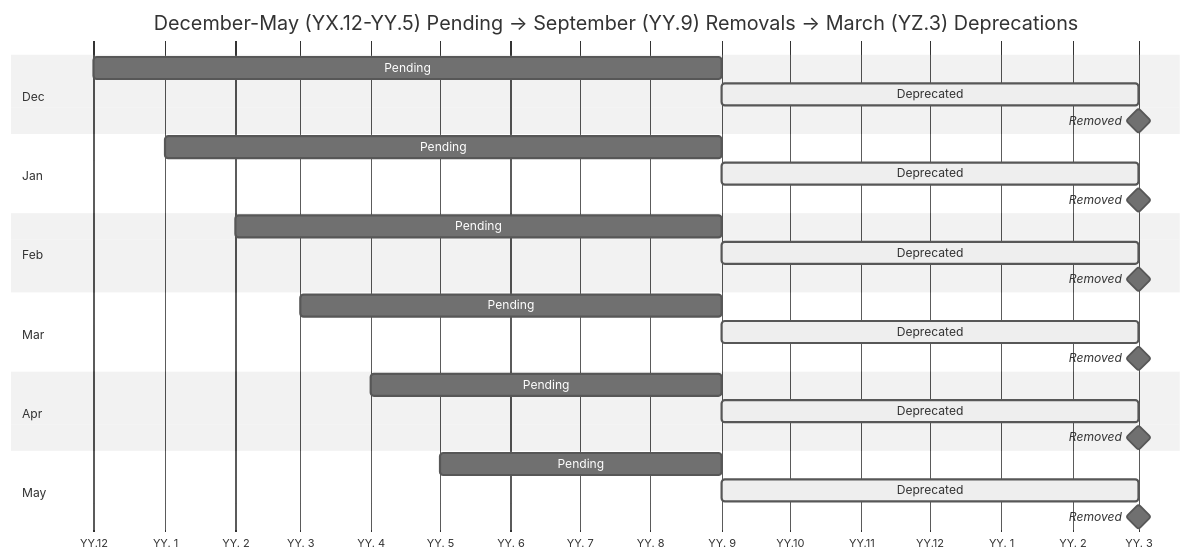
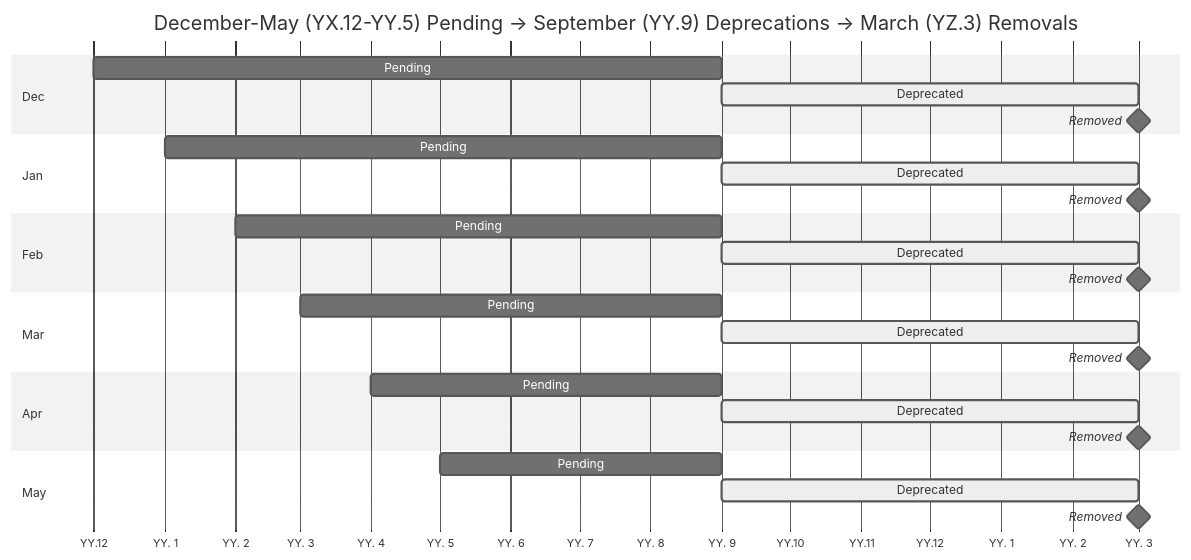
The second of 2 diagrams in cep-9.md (conda/ceps), drawn with Mermaid (neutral theme) before and after one commit.

Commit message:
Fix chart title (#40)

````diff
--- a/cep-9.md
+++ b/cep-9.md
@@ -94,36 +94,36 @@
 ```mermaid
 gantt
     dateFormat  YYYY-MM
     axisFormat YY.%_m
-    title       December-May (YX.12-YY.5) Pending → September (YY.9) Removals → March (YZ.3) Deprecations
+    title       December-May (YX.12-YY.5) Pending → September (YY.9) Deprecations → March (YZ.3) Removals
 
     section Dec
     Pending     :           2022-12, 2023-09
     Deprecated  :active,    2023-09, 2024-03
     Removed     :milestone, 2024-03
 
     section Jan
     Pending     :           2023-01, 2023-09
     Deprecated  :active,    2023-09, 2024-03
     Removed     :milestone, 2024-03
 
     section Feb
     Pending     :           2023-02, 2023-09
     Deprecated  :active,    2023-09, 2024-03
     Removed     :milestone, 2024-03
 
     section Mar
     Pending     :           2023-03, 2023-09
     Deprecated  :active,    2023-09, 2024-03
     Removed     :milestone, 2024-03
 
     section Apr
     Pending     :           2023-04, 2023-09
     Deprecated  :active,    2023-09, 2024-03
     Removed     :milestone, 2024-03
 
     section May
     Pending     :           2023-05, 2023-09
     Deprecated  :active,    2023-09, 2024-03
     Removed     :milestone, 2024-03
 ```
````
